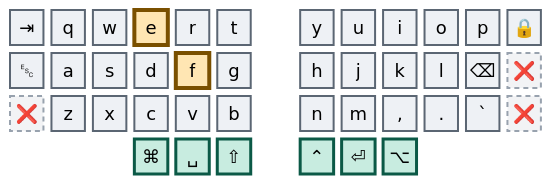
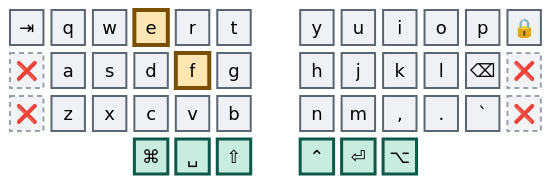
One commit to abloch/zmk-corne changed the fourth of 41 diagrams in combos.md. Above: the diagram before and after it, drawn with Mermaid. The commit also changed other lines of this file and 5 other files, not shown here.

````diff
--- a/combos.md
+++ b/combos.md
@@ -103,21 +103,21 @@
 ```mermaid
 %%{init: {'theme':'base','themeVariables':{'primaryColor':'#eef1f5','primaryTextColor':'#0b0f14','primaryBorderColor':'#5b6673','nodeTextColor':'#0b0f14','textColor':'#0b0f14','mainBkg':'#eef1f5','fontSize':'18px'}}}%%
 block
 columns 13
 
   tab["⇥"] q w e r t space y u i o p lock["🔒"]
-  esc["␛"] a s d f g space h j k l bspc["⌫"] x1["❌"]
+  x4["❌"] a s d f g space h j k l bspc["⌫"] x1["❌"]
   x2["❌"] z x c v b space n m cma[","] dot["."] grv[" `"] x3["❌"]
   space:3 cmd["⌘"] spc["␣"] sft["⇧"] space ctl["⌃"] ent["⏎"] alt["⌥"] space:3
 
   classDef anchor fill:#bfe6f0,stroke:#0a4f63,stroke-width:4px,color:#04222b
   classDef trig fill:#ffe6b3,stroke:#7a5000,stroke-width:4px,color:#2e1e00
   classDef core fill:#eef1f5,stroke:#5b6673,stroke-width:2px,color:#0b0f14
   classDef thumb fill:#c8ece0,stroke:#0b5946,stroke-width:3px,color:#06241c
   classDef dead fill:#f2f3f5,stroke:#98a2ae,stroke-width:2px,stroke-dasharray:5 4,color:#5b6673
 
   class e,f trig
-  class tab,q,w,r,t,y,u,i,o,p,lock,esc,a,s,d,g,h,j,k,l,bspc,z,x,c,v,b,n,m,cma,dot,grv core
+  class tab,q,w,r,t,y,u,i,o,p,lock,a,s,d,g,h,j,k,l,bspc,z,x,c,v,b,n,m,cma,dot,grv core
   class cmd,spc,sft,ctl,ent,alt thumb
-  class x1,x2,x3 dead
+  class x1,x2,x3,x4 dead
 ```
````
